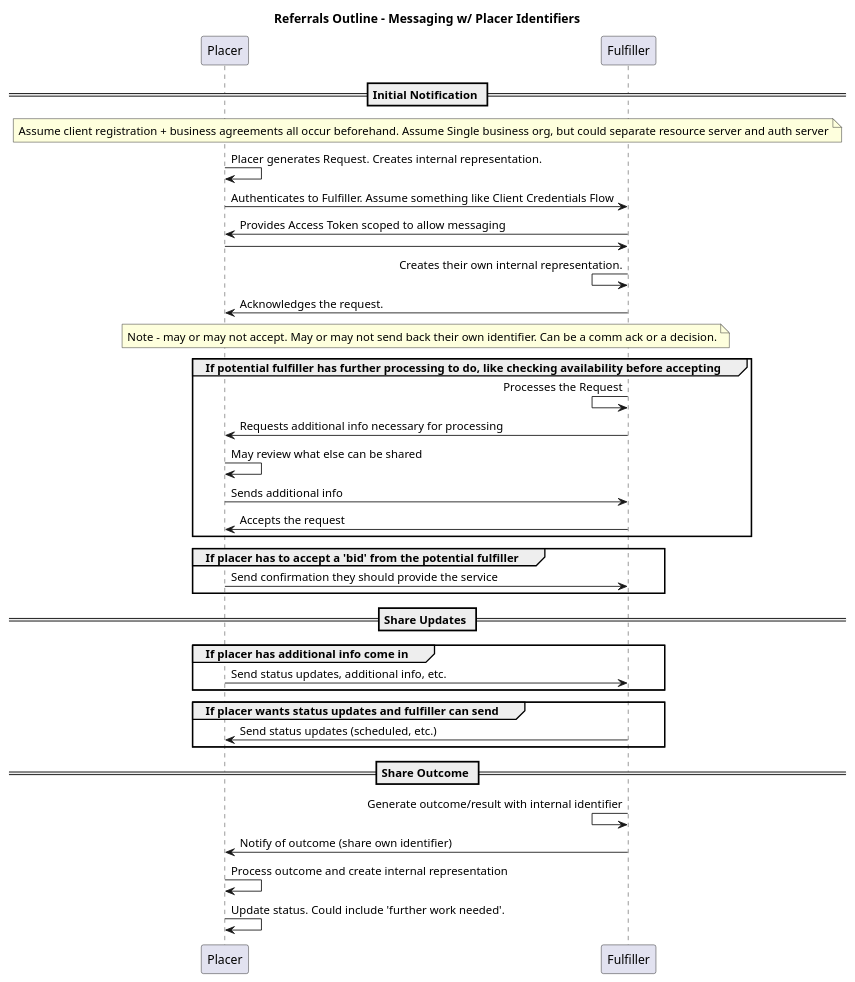
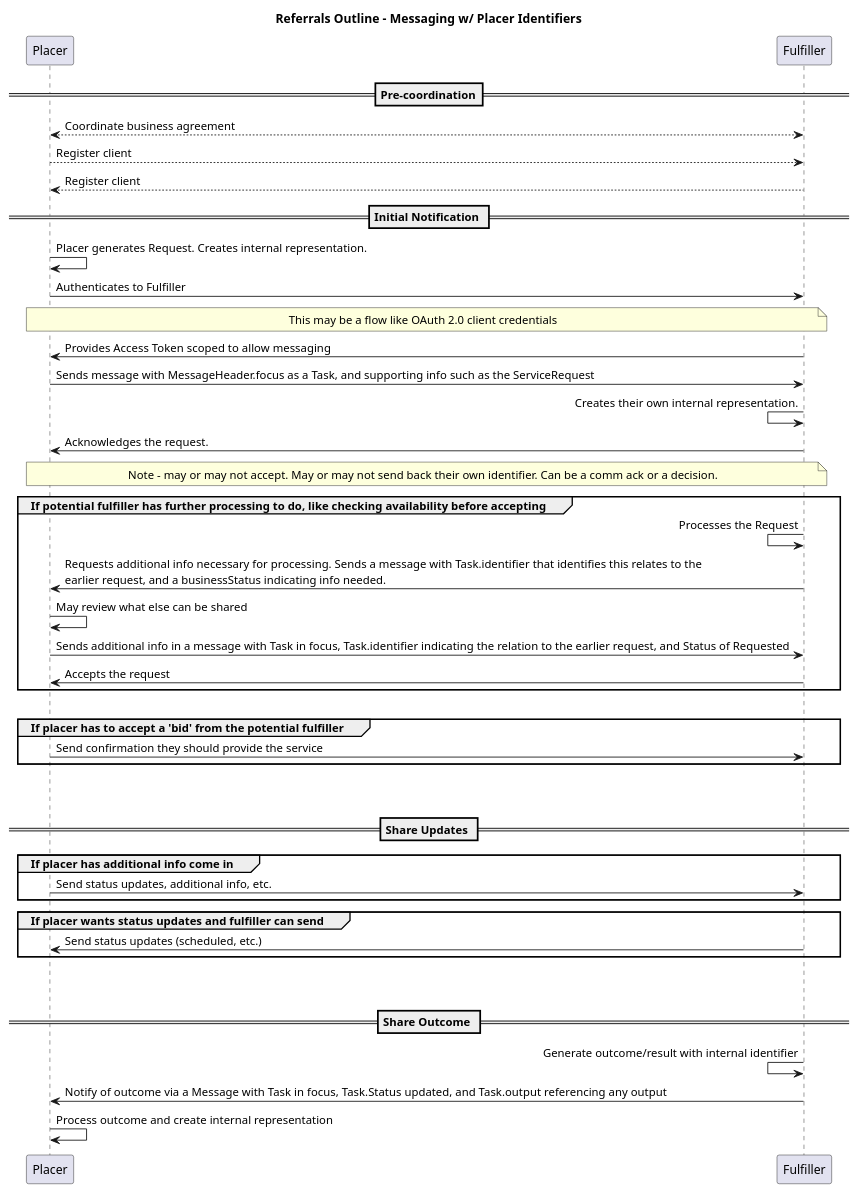
Before and after one commit to brianswinkels/fhir-cow-ig: the diagram in input/images-source/pure-messaging-with-placer-identifiers.plantuml, drawn with PlantUML.

```diff
--- a/input/images-source/pure-messaging-with-placer-identifiers.plantuml
+++ b/input/images-source/pure-messaging-with-placer-identifiers.plantuml
@@ -1,45 +1,54 @@
 @startuml
 title Referrals Outline - Messaging w/ Placer Identifiers
 
+== Pre-coordination==
+
+Placer <--> Fulfiller: Coordinate business agreement
+
+Placer --> Fulfiller: Register client
+
+Fulfiller --> Placer: Register client
+
 == Initial Notification ==
-note over Placer, Fulfiller: Assume client registration + business agreements all occur beforehand. Assume Single business org, but could separate resource server and auth server
 
 Placer -> Placer: Placer generates Request. Creates internal representation.
-Placer -> Fulfiller: Authenticates to Fulfiller. Assume something like Client Credentials Flow
+Placer -> Fulfiller: Authenticates to Fulfiller
+note over Placer, Fulfiller: This may be a flow like OAuth 2.0 client credentials
 Fulfiller -> Placer: Provides Access Token scoped to allow messaging
-Placer -> Fulfiller: 
+Placer -> Fulfiller: Sends message with MessageHeader.focus as a Task, and supporting info such as the ServiceRequest
 
 Fulfiller <- Fulfiller: Creates their own internal representation.
 Fulfiller -> Placer: Acknowledges the request.
 
 note over Placer, Fulfiller: Note - may or may not accept. May or may not send back their own identifier. Can be a comm ack or a decision.
 
 group If potential fulfiller has further processing to do, like checking availability before accepting
     Fulfiller <- Fulfiller: Processes the Request
-    Fulfiller -> Placer: Requests additional info necessary for processing
+    Fulfiller -> Placer: Requests additional info necessary for processing. Sends a message with Task.identifier that identifies this relates to the\nearlier request, and a businessStatus indicating info needed.
     Placer -> Placer: May review what else can be shared
-    Placer -> Fulfiller: Sends additional info
+    Placer -> Fulfiller: Sends additional info in a message with Task in focus, Task.identifier indicating the relation to the earlier request, and Status of Requested
     Fulfiller -> Placer: Accepts the request
 end
-
+||20||
 group If placer has to accept a 'bid' from the potential fulfiller
     Placer -> Fulfiller: Send confirmation they should provide the service
 end
-
+||45||
 == Share Updates ==
 
 group If placer has additional info come in
     Placer -> Fulfiller: Send status updates, additional info, etc.
 end
 
 group If placer wants status updates and fulfiller can send
     Fulfiller -> Placer: Send status updates (scheduled, etc.)
 end
 
+||45||
 == Share Outcome ==
 
 Fulfiller <- Fulfiller: Generate outcome/result with internal identifier
-Fulfiller -> Placer: Notify of outcome (share own identifier)
+Fulfiller -> Placer: Notify of outcome via a Message with Task in focus, Task.Status updated, and Task.output referencing any output
 Placer -> Placer: Process outcome and create internal representation
-Placer -> Placer: Update status. Could include 'further work needed'.
+
 @enduml
```
